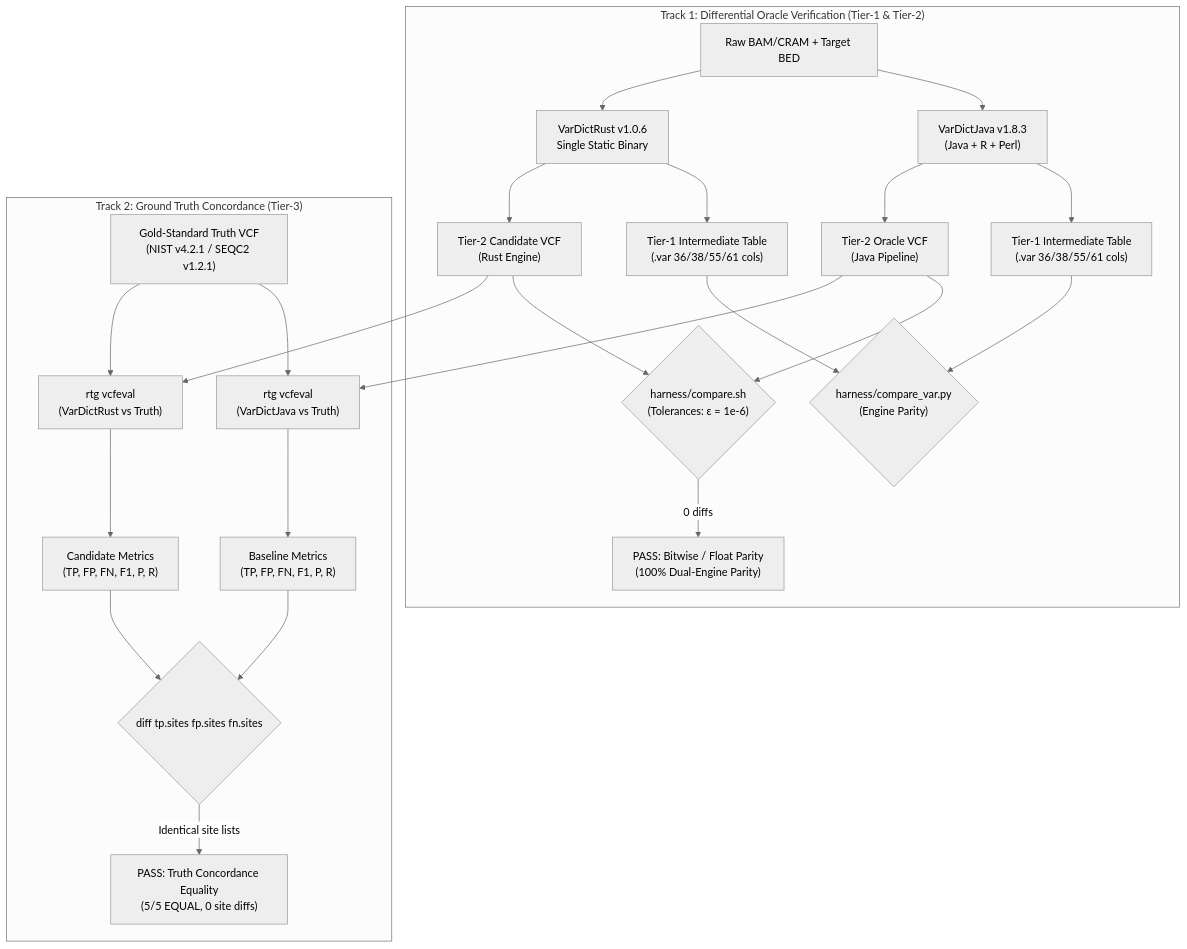
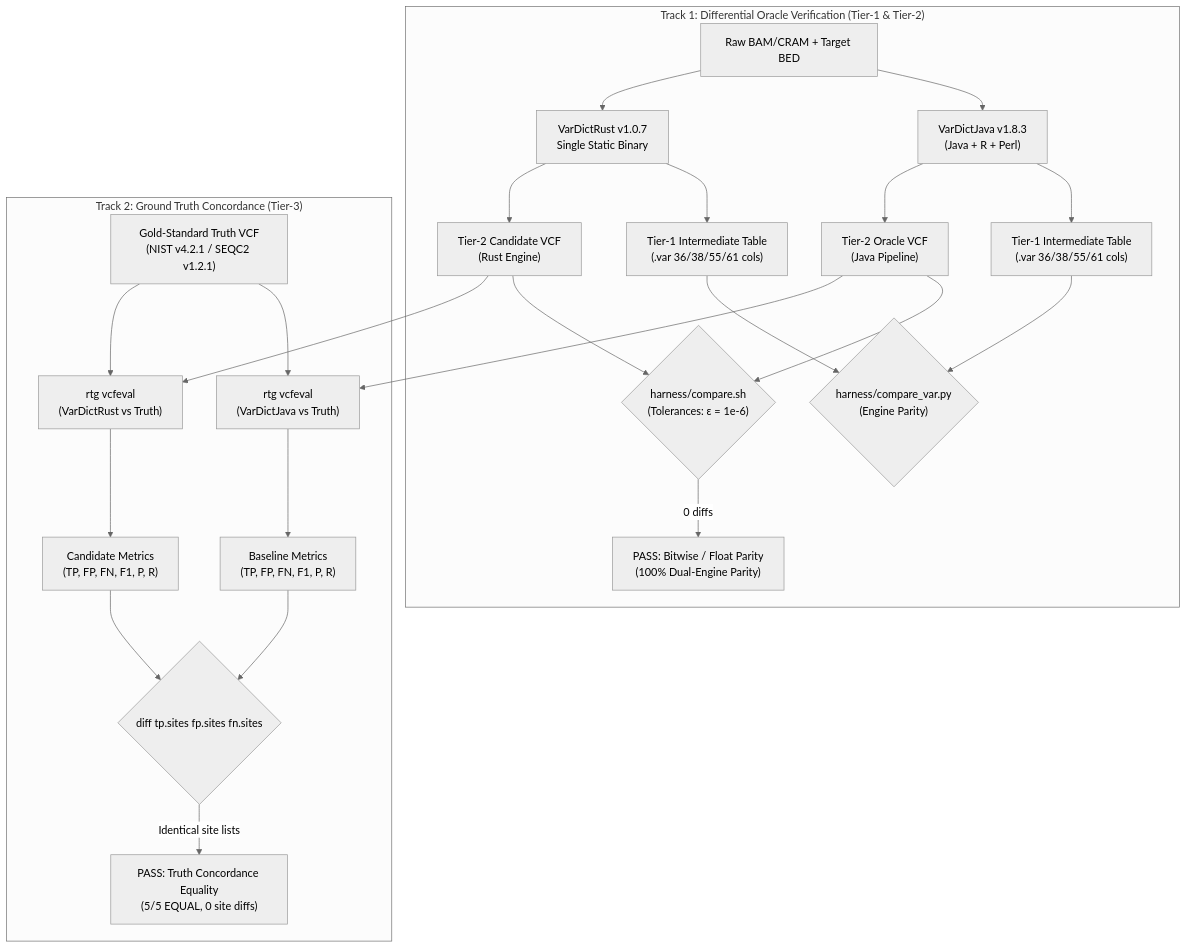
Before and after one commit to palakpsheth/VarDictRust: the diagram in docs/validation/omnibus-empirical-validation.md, drawn with Mermaid (neutral theme). The commit also changed other lines of this file and 45 other files, not shown here.

First line of the commit message:
release: prepare VarDictRust v1.0.7 release certification (#83)

````diff
--- a/docs/validation/omnibus-empirical-validation.md
+++ b/docs/validation/omnibus-empirical-validation.md
@@ -62,27 +62,27 @@
 ```mermaid
 flowchart TD
     subgraph Track1 ["Track 1: Differential Oracle Verification (Tier-1 & Tier-2)"]
         D1["Raw BAM/CRAM + Target BED"] --> VDJ["VarDictJava v1.8.3\n(Java + R + Perl)"]
-        D1 --> VDR["VarDictRust v1.0.6<br/>Single Static Binary"]
+        D1 --> VDR["VarDictRust v1.0.7<br/>Single Static Binary"]
         VDJ --> VAR_J["Tier-1 Intermediate Table\n(.var 36/38/55/61 cols)"]
         VDR --> VAR_R["Tier-1 Intermediate Table\n(.var 36/38/55/61 cols)"]
         VAR_J & VAR_R --> CMP_VAR{"harness/compare_var.py\n(Engine Parity)"}
         VDJ --> VCF_J["Tier-2 Oracle VCF\n(Java Pipeline)"]
         VDR --> VCF_R["Tier-2 Candidate VCF\n(Rust Engine)"]
         VCF_J --> CMP{"harness/compare.sh\n(Tolerances: ε = 1e-6)"}
         VCF_R --> CMP
         CMP -->|0 diffs| MATCH["PASS: Bitwise / Float Parity\n(100% Dual-Engine Parity)"]
     end
 
     subgraph Track2 ["Track 2: Ground Truth Concordance (Tier-3)"]
         VCF_J --> RTG1["rtg vcfeval\n(VarDictJava vs Truth)"]
         VCF_R --> RTG2["rtg vcfeval\n(VarDictRust vs Truth)"]
         TRUTH["Gold-Standard Truth VCF\n(NIST v4.2.1 / SEQC2 v1.2.1)"] --> RTG1
         TRUTH --> RTG2
         RTG1 --> MET_J["Baseline Metrics\n(TP, FP, FN, F1, P, R)"]
         RTG2 --> MET_R["Candidate Metrics\n(TP, FP, FN, F1, P, R)"]
         MET_J --> DIFF{"diff tp.sites fp.sites fn.sites"}
         MET_R --> DIFF
         DIFF -->|Identical site lists| EQUAL["PASS: Truth Concordance Equality\n(5/5 EQUAL, 0 site diffs)"]
     end
 ```
````
